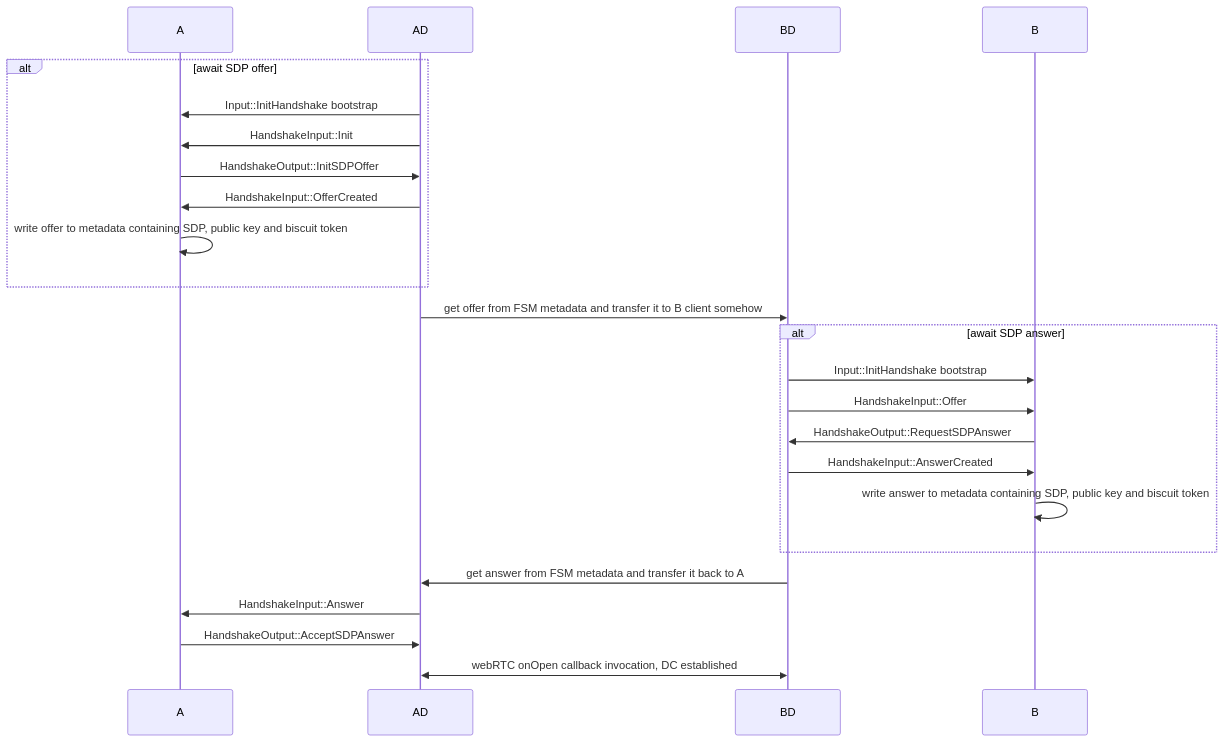
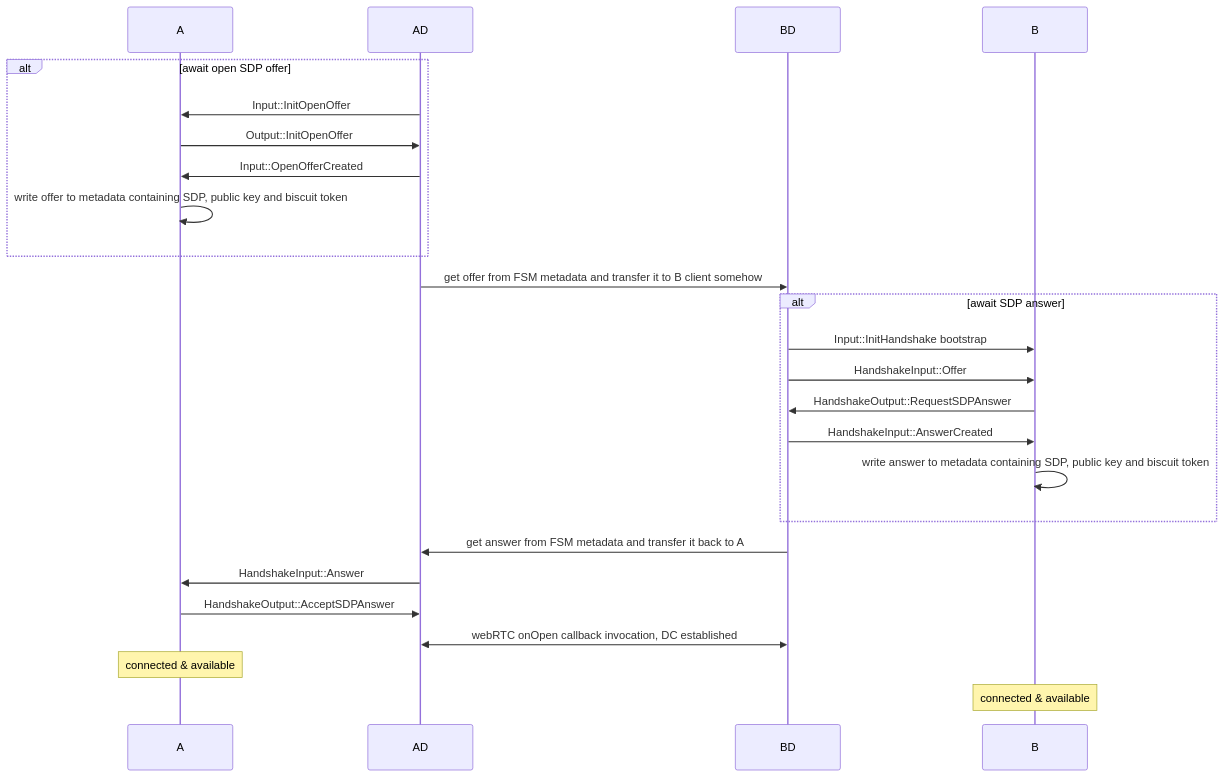
The second of 3 diagrams in docs/protocol.md (PixelQuasar/antenna), drawn with Mermaid before and after one commit. The commit also changed other lines of this file, not shown here.

````diff
--- a/docs/protocol.md
+++ b/docs/protocol.md
@@ -50,29 +50,30 @@
 ```mermaid
 sequenceDiagram
     participant A
     participant AD 
     participant BD
     participant B
 
-    alt await SDP offer
-        AD ->> A: Input::InitHandshake bootstrap
-        AD ->> A: HandshakeInput::Init
-        A ->> AD: HandshakeOutput::InitSDPOffer
-        AD ->> A: HandshakeInput::OfferCreated
+    alt await open SDP offer
+        AD ->> A: Input::InitOpenOffer
+        A ->> AD: Output::InitOpenOffer
+        AD ->> A: Input::OpenOfferCreated
         A ->> A: write offer to metadata containing SDP, public key and biscuit token
     end
     AD ->> BD: get offer from FSM metadata and transfer it to B client somehow
     
     alt await SDP answer
         BD ->> B: Input::InitHandshake bootstrap
         BD ->> B: HandshakeInput::Offer
         B ->> BD: HandshakeOutput::RequestSDPAnswer
         BD ->> B: HandshakeInput::AnswerCreated
         B ->> B: write answer to metadata containing SDP, public key and biscuit token
     end
 
     BD ->> AD: get answer from FSM metadata and transfer it back to A
     AD ->> A: HandshakeInput::Answer
     A ->> AD: HandshakeOutput::AcceptSDPAnswer
     AD <<->> BD: webRTC onOpen callback invocation, DC established    
+    note over A: connected & available
+    note over B: connected & available
 ```
````
